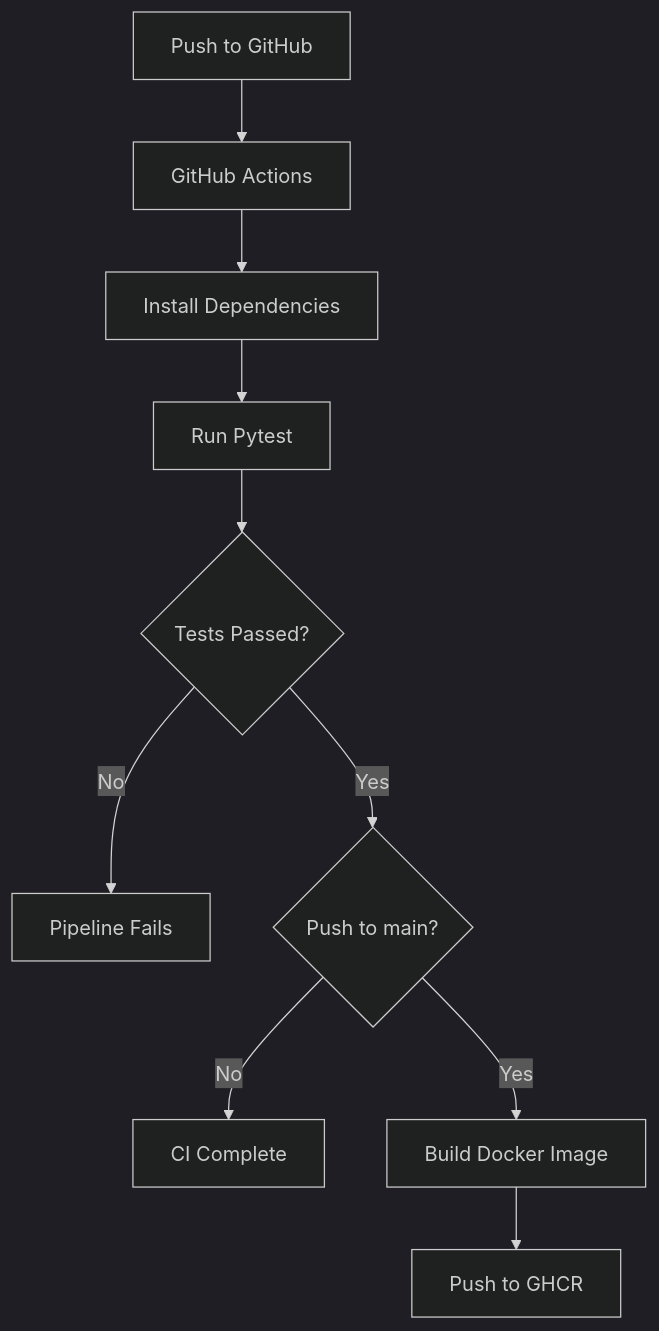
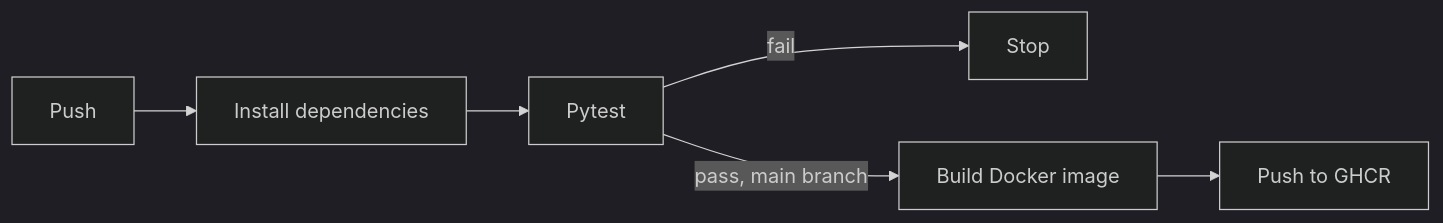
Before and after one commit to Shikhar0305/AquaSentinel: the second of 2 diagrams in README.md, drawn with Mermaid (dark theme). The commit also changed other lines of this file, not shown here.

Commit message:
docs: make README shorter and focused on the MLOps pipeline

````diff
--- a/README.md
+++ b/README.md
@@ -696,12 +171,8 @@
 ```mermaid
-flowchart TD
-    A[Push to GitHub] --> B[GitHub Actions]
-    B --> C[Install Dependencies]
-    C --> D[Run Pytest]
-    D --> E{Tests Passed?}
-    E -->|No| F[Pipeline Fails]
-    E -->|Yes| G{Push to main?}
-    G -->|No| H[CI Complete]
-    G -->|Yes| I[Build Docker Image]
-    I --> J[Push to GHCR]
+flowchart LR
+    A[Push] --> B[Install dependencies]
+    B --> C[Pytest]
+    C -->|fail| D[Stop]
+    C -->|pass, main branch| E[Build Docker image]
+    E --> F[Push to GHCR]
 ```
````
